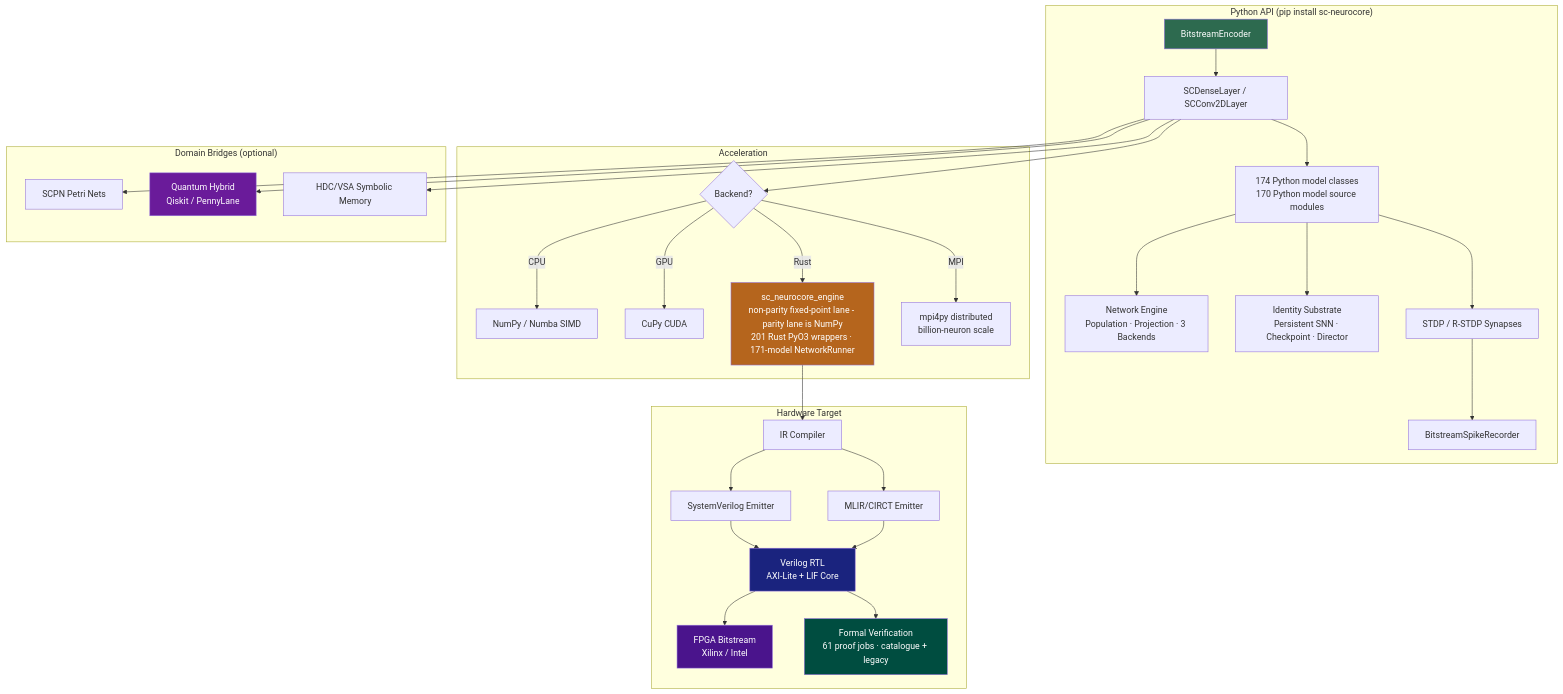
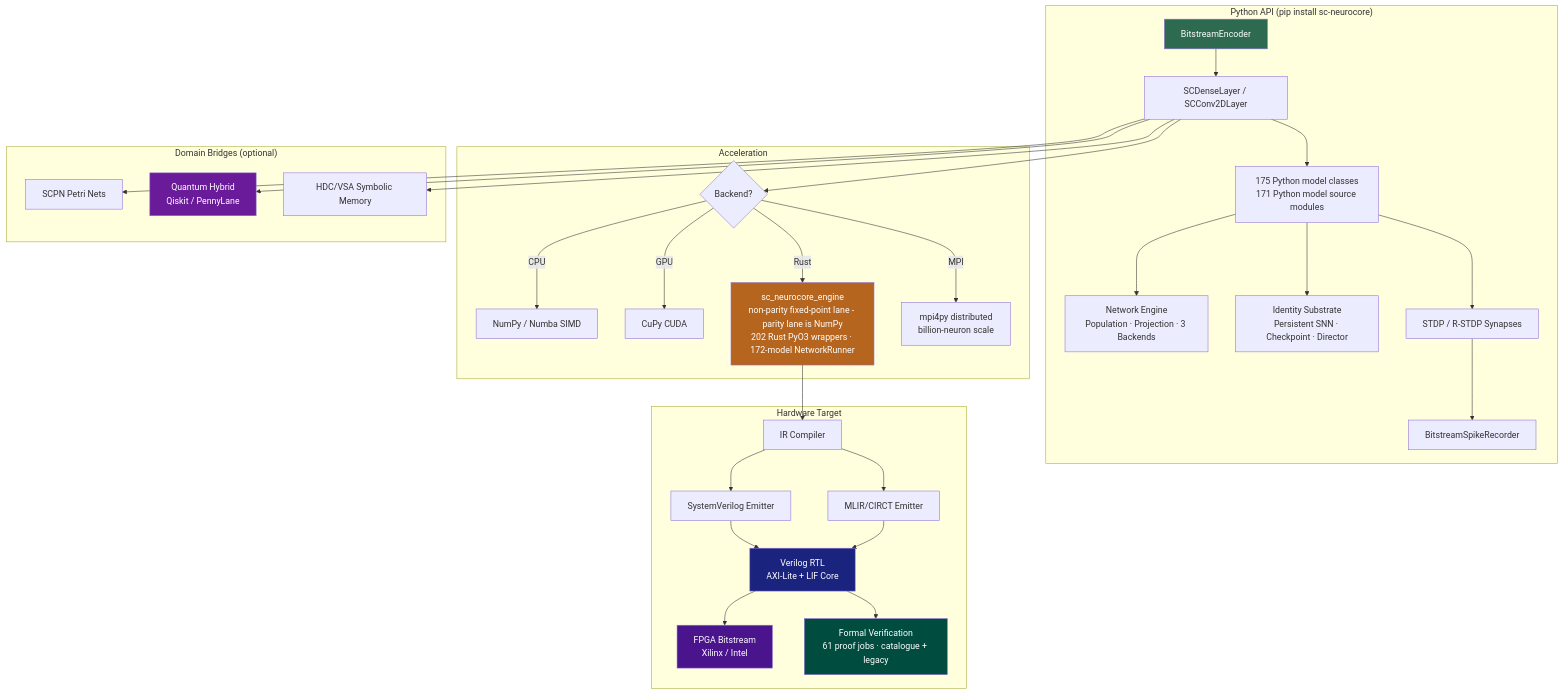
The diagram in README.md (anulum/sc-neurocore), drawn with Mermaid before and after one commit. The commit also changed other lines of this file and 103 other files, not shown here.

````diff
--- a/README.md
+++ b/README.md
@@ -380,42 +380,42 @@
 ```mermaid
 graph TD
     subgraph "Python API (pip install sc-neurocore)"
         A[BitstreamEncoder] --> B[SCDenseLayer / SCConv2DLayer]
-        B --> C[174 Python model classes<br/>170 Python model source modules]
+        B --> C[175 Python model classes<br/>171 Python model source modules]
         C --> NET[Network Engine<br/>Population · Projection · 3 Backends]
         C --> ID[Identity Substrate<br/>Persistent SNN · Checkpoint · Director]
         C --> D[STDP / R-STDP Synapses]
         D --> E[BitstreamSpikeRecorder]
     end
 
     subgraph "Acceleration"
         B --> F{Backend?}
         F -->|CPU| G[NumPy / Numba SIMD]
         F -->|GPU| H[CuPy CUDA]
-        F -->|Rust| I[sc_neurocore_engine<br/>non-parity fixed-point lane - parity lane is NumPy<br/>201 Rust PyO3 wrappers · 171-model NetworkRunner]
+        F -->|Rust| I[sc_neurocore_engine<br/>non-parity fixed-point lane - parity lane is NumPy<br/>202 Rust PyO3 wrappers · 172-model NetworkRunner]
         F -->|MPI| MPI[mpi4py distributed<br/>billion-neuron scale]
     end
 
     subgraph "Hardware Target"
         I --> J[IR Compiler]
         J --> K[SystemVerilog Emitter]
         J --> K2[MLIR/CIRCT Emitter]
         K --> L[Verilog RTL<br/>AXI-Lite + LIF Core]
         K2 --> L
         L --> M[FPGA Bitstream<br/>Xilinx / Intel]
         L --> V[Formal Verification<br/>61 proof jobs · catalogue + legacy]
     end
 
     subgraph "Domain Bridges (optional)"
         B --> N[SCPN Petri Nets]
         B --> O[Quantum Hybrid<br/>Qiskit / PennyLane]
         B --> P[HDC/VSA Symbolic Memory]
     end
 
     style A fill:#2d6a4f,color:#fff
     style I fill:#b5651d,color:#fff
     style L fill:#1a237e,color:#fff
     style M fill:#4a148c,color:#fff
     style O fill:#6a1b9a,color:#fff
     style V fill:#004d40,color:#fff
 ```
````
